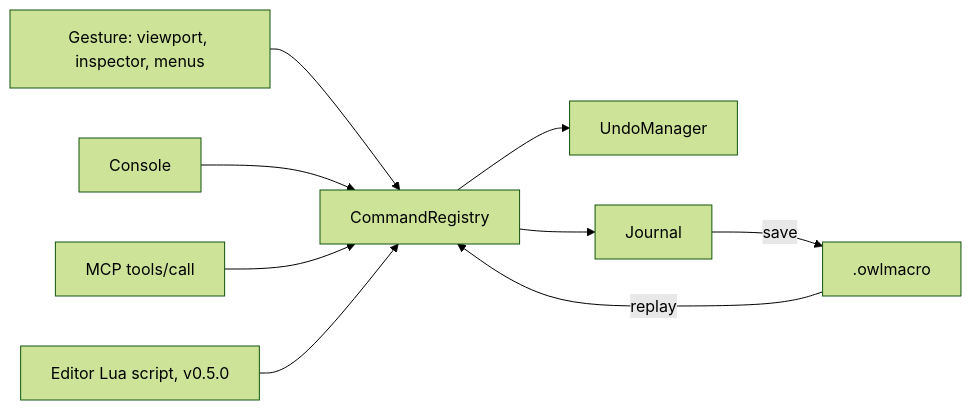
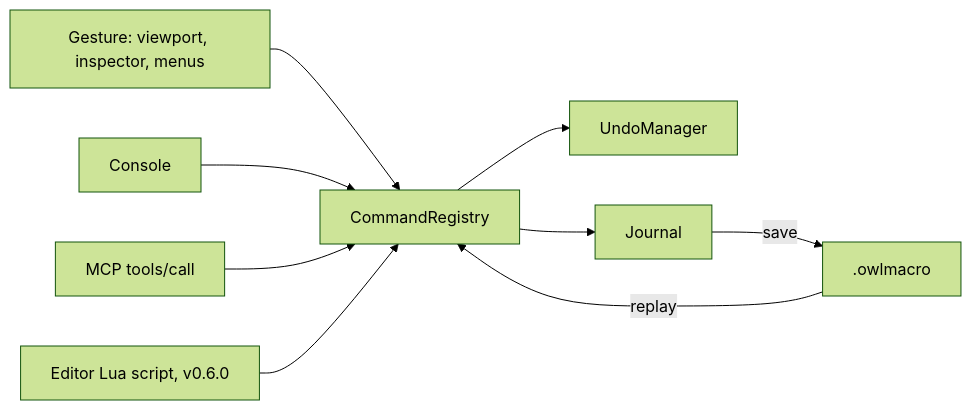
The diagram in doc/pages/design/editor-scripting.md (Silmaen/Owl), drawn with Mermaid (forest theme) before and after one commit. The commit also changed other lines of this file and 22 other files, not shown here.

Commit message:
Replan the roadmap (#276)

````diff
--- a/doc/pages/design/editor-scripting.md
+++ b/doc/pages/design/editor-scripting.md
@@ -15,11 +15,11 @@
 ```mermaid
 flowchart LR
     G[Gesture: viewport, inspector, menus] --> R[CommandRegistry]
     C[Console] --> R
     M[MCP tools/call] --> R
-    L[Editor Lua script, v0.5.0] --> R
+    L[Editor Lua script, v0.6.0] --> R
     R --> U[UndoManager]
     R --> J[Journal]
     J -->|save| F[.owlmacro]
     F -->|replay| R
 ```
````
